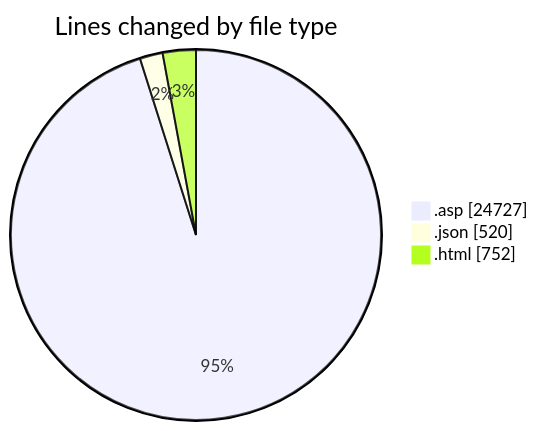
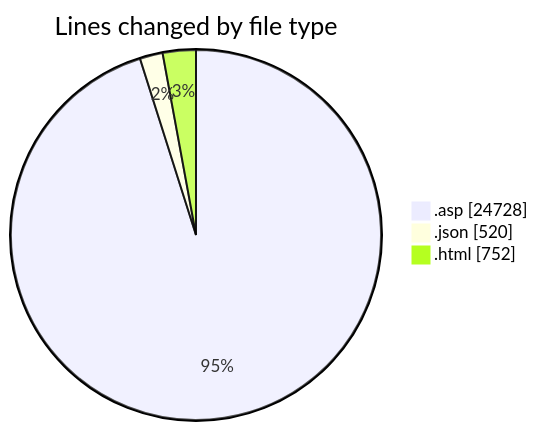
The first of 2 diagrams in 2025-11-01/cdp_aleoudev_fr__workspace_/README.md (julien-gomy/code-tracking), drawn with Mermaid before and after one commit. The commit also changed other lines of this file and 1 other file, not shown here.

````diff
--- a/2025-11-01/cdp_aleoudev_fr__workspace_/README.md
+++ b/2025-11-01/cdp_aleoudev_fr__workspace_/README.md
@@ -33,7 +33,7 @@
 ```mermaid
 pie showData
 title Lines changed by file type
-".asp" : 24727
+".asp" : 24728
 ".json" : 520
 ".html" : 752
 ```
````
